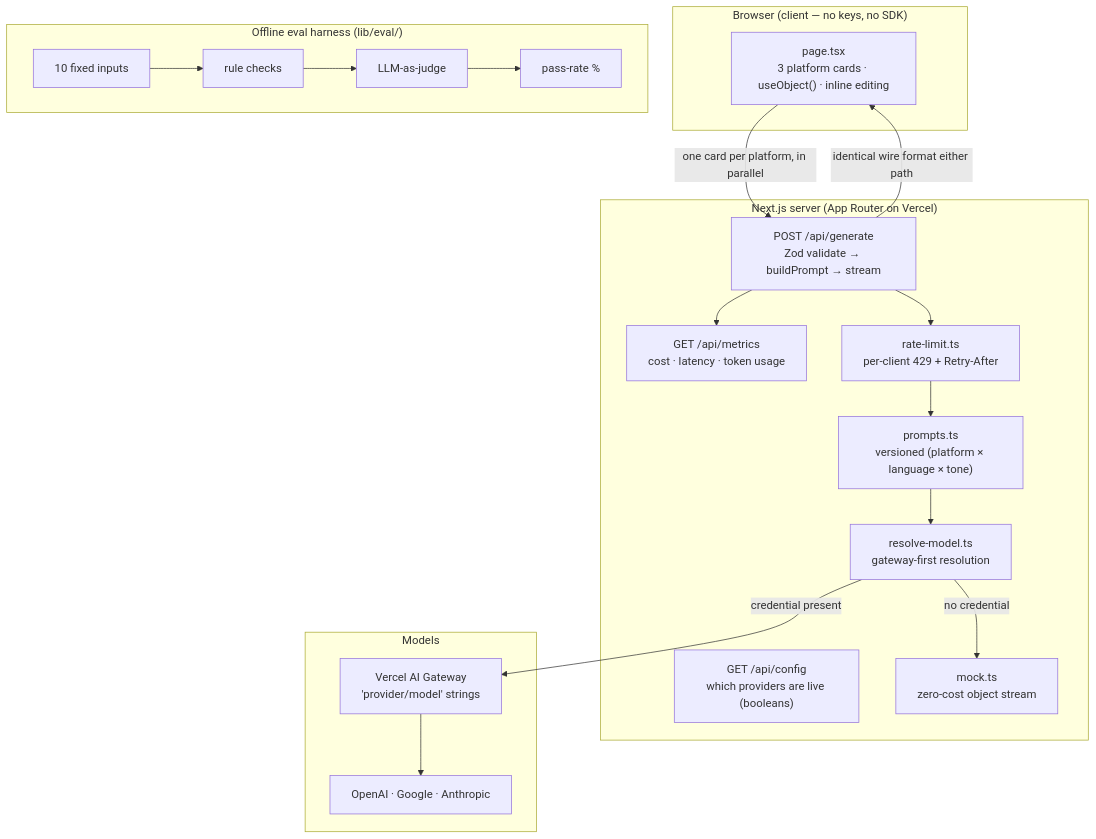
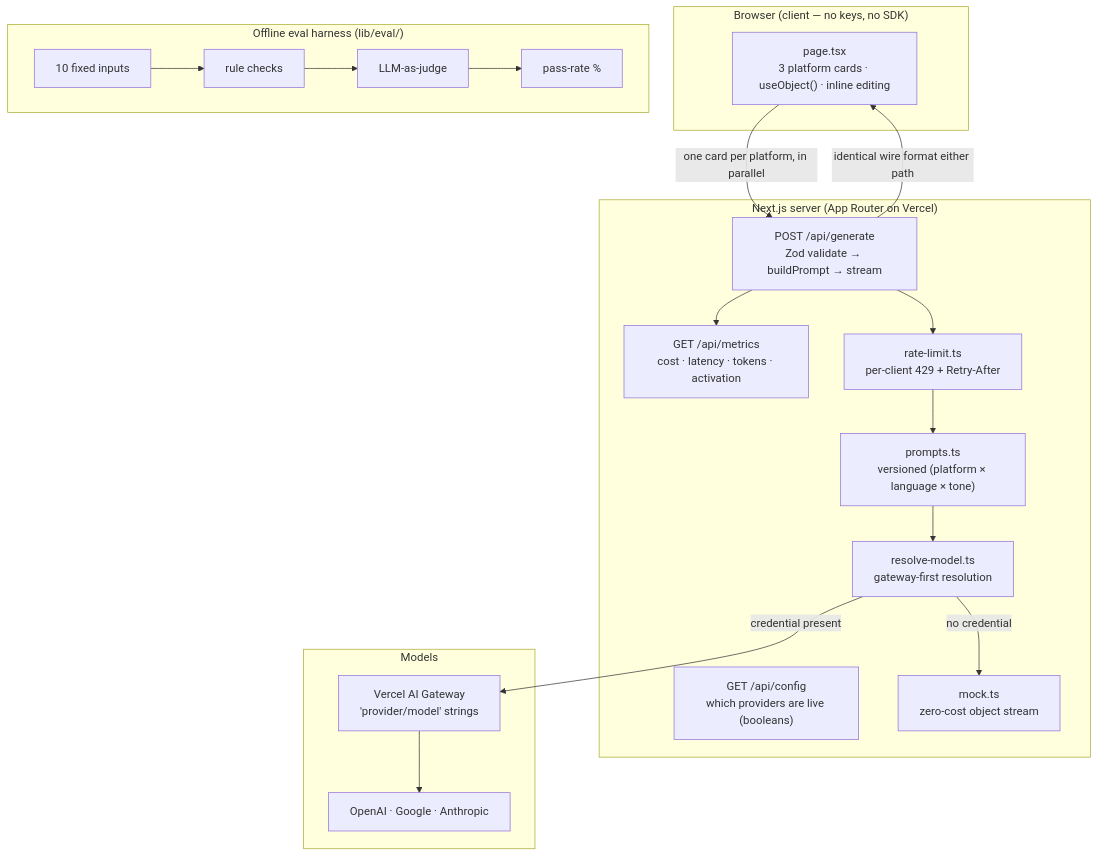
One commit to xiaomei-wu/multilingual-content-studio changed the diagram in README.md. Above: the diagram before and after it, drawn with Mermaid. The commit also changed other lines of this file and 5 other files, not shown here.

````diff
--- a/README.md
+++ b/README.md
@@ -43,33 +47,33 @@
 ```mermaid
 flowchart TD
   subgraph Browser["Browser (client — no keys, no SDK)"]
     UI["page.tsx<br/>3 platform cards · useObject() · inline editing"]
   end
 
   subgraph Server["Next.js server (App Router on Vercel)"]
     GEN["POST /api/generate<br/>Zod validate → buildPrompt → stream"]
     CFG["GET /api/config<br/>which providers are live (booleans)"]
-    MET["GET /api/metrics<br/>cost · latency · token usage"]
+    MET["GET /api/metrics<br/>cost · latency · tokens · activation"]
     RL["rate-limit.ts<br/>per-client 429 + Retry-After"]
     RESOLVE["resolve-model.ts<br/>gateway-first resolution"]
     PROMPTS["prompts.ts<br/>versioned (platform × language × tone)"]
     MOCK["mock.ts<br/>zero-cost object stream"]
   end
 
   subgraph Models["Models"]
     GW["Vercel AI Gateway<br/>'provider/model' strings"]
     PROV["OpenAI · Google · Anthropic"]
   end
 
   UI -- "one card per platform, in parallel" --> GEN
   GEN --> RL --> PROMPTS
   PROMPTS --> RESOLVE
   RESOLVE -- "credential present" --> GW --> PROV
   RESOLVE -- "no credential" --> MOCK
   GEN -- "identical wire format either path" --> UI
   GEN --> MET
 
   subgraph Eval["Offline eval harness (lib/eval/)"]
     DS["10 fixed inputs"] --> RULES["rule checks"] --> JUDGE["LLM-as-judge"] --> RATE["pass-rate %"]
   end
 ```
````
